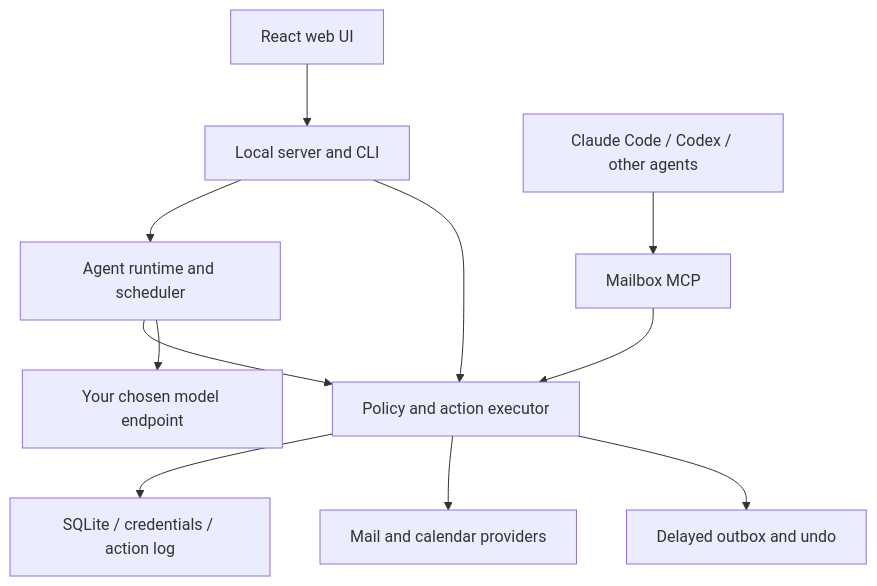
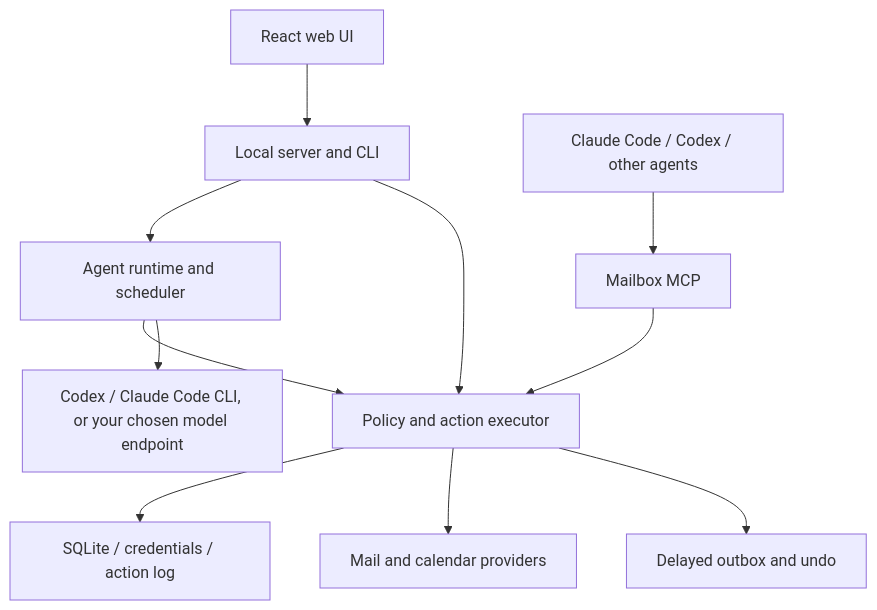
The diagram in README.md (akd-me/passport), drawn with Mermaid before and after one commit. The commit also changed other lines of this file and 5 other files, not shown here.

````diff
--- a/README.md
+++ b/README.md
@@ -129,13 +142,13 @@
 ```mermaid
 flowchart TD
   UI[React web UI] --> Server[Local server and CLI]
   Client[Claude Code / Codex / other agents] --> MCP[Mailbox MCP]
   Server --> Agent[Agent runtime and scheduler]
   Server --> Policy[Policy and action executor]
   Agent --> Policy
   MCP --> Policy
   Policy --> Store[SQLite / credentials / action log]
   Policy --> Providers[Mail and calendar providers]
-  Agent --> Model[Your chosen model endpoint]
+  Agent --> Model[Codex / Claude Code CLI, or your chosen model endpoint]
   Policy --> Outbox[Delayed outbox and undo]
 ```
````
